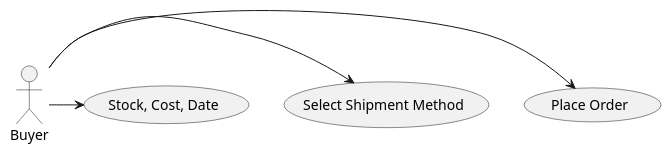
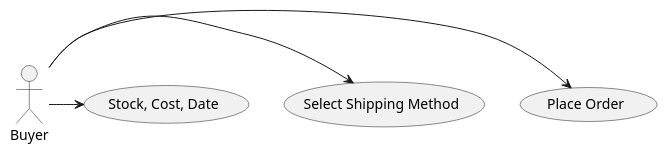
The first of 6 diagrams in overview.org (EciStg/order-placement), drawn with PlantUML before and after one commit. The commit also changed other lines of this file and 13 other files, not shown here.

Commit message:
shippment method renamed to shipping method

```diff
--- a/overview.org
+++ b/overview.org
@@ -15,7 +15,7 @@
 #+BEGIN_SRC plantuml :file ./images/buyer-usecases.puml.png :exports results
 @startuml sequence-buyer2seller.png
 Buyer -> (Place Order)
-Buyer -> (Select Shipment Method)
+Buyer -> (Select Shipping Method)
 Buyer -> (Stock, Cost, Date)
 @enduml
 #+END_SRC
```
